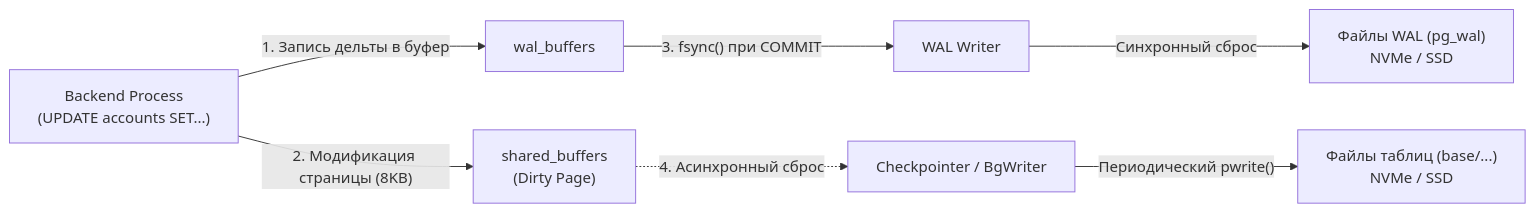
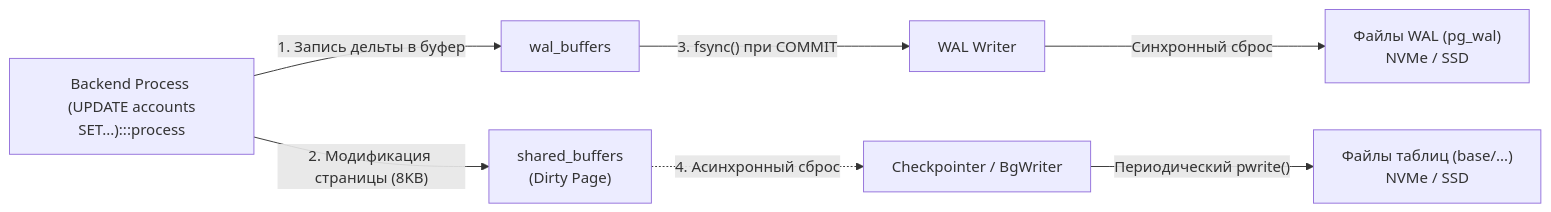
The third of 4 diagrams in sources/12. Базы данных/06. PostgreSQL/1. Архитектура PostgreSQL.md (UnrealTemplier/go-textbook), drawn with Mermaid before and after one commit. The commit also changed other lines of this file and 1666 other files, not shown here.

First line of the commit message:
feat(mermaid): add semantic color classDef to 1369 colorless flowchart/graph diagrams

````diff
--- a/sources/12. Базы данных/06. PostgreSQL/1. Архитектура PostgreSQL.md
+++ b/sources/12. Базы данных/06. PostgreSQL/1. Архитектура PostgreSQL.md
@@ -125,11 +145,21 @@
 ```mermaid
 flowchart LR
-    BP["Backend Process <br> (UPDATE accounts SET...)"] -->|"1. Запись дельты в буфер"| WB["wal_buffers"]
+    classDef process  fill:#1e293b,stroke:#38bdf8,stroke-width:1px,color:#f8fafc
+    classDef success  fill:#064e3b,stroke:#34d399,stroke-width:1px,color:#f8fafc
+    classDef error    fill:#7f1d1d,stroke:#f87171,stroke-width:1px,color:#f8fafc
+    classDef warning  fill:#78350f,stroke:#fbbf24,stroke-width:1px,color:#f8fafc
+    classDef entry    fill:#1e3a5f,stroke:#38bdf8,stroke-width:2px,color:#f8fafc
+    classDef aux      fill:#334155,stroke:#64748b,stroke-width:1px,color:#f8fafc
+    classDef system   fill:#312e81,stroke:#a78bfa,stroke-width:1px,color:#f8fafc
+    classDef data     fill:#132d29,stroke:#2dd4bf,stroke-width:1px,color:#f8fafc
+    classDef network  fill:#881337,stroke:#fb7185,stroke-width:1px,color:#f8fafc
+    classDef accent   fill:#1e1b4b,stroke:#818cf8,stroke-width:1px,color:#f8fafc
+    BP["Backend Process <br> (UPDATE accounts SET...):::process"] -->|"1. Запись дельты в буфер"| WB["wal_buffers"]
     BP -->|"2. Модификация страницы (8KB)"| SB["shared_buffers <br> (Dirty Page)"]
     
     WB -->|"3. fsync() при COMMIT"| WALW["WAL Writer"]
     WALW -->|"Синхронный сброс"| WAL["Файлы WAL (pg_wal) <br> NVMe / SSD"]
     
     SB -.->|"4. Асинхронный сброс"| CHK["Checkpointer / BgWriter"]
     CHK -->|"Периодический pwrite()"| DBF["Файлы таблиц (base/...) <br> NVMe / SSD"]
 ```
````
